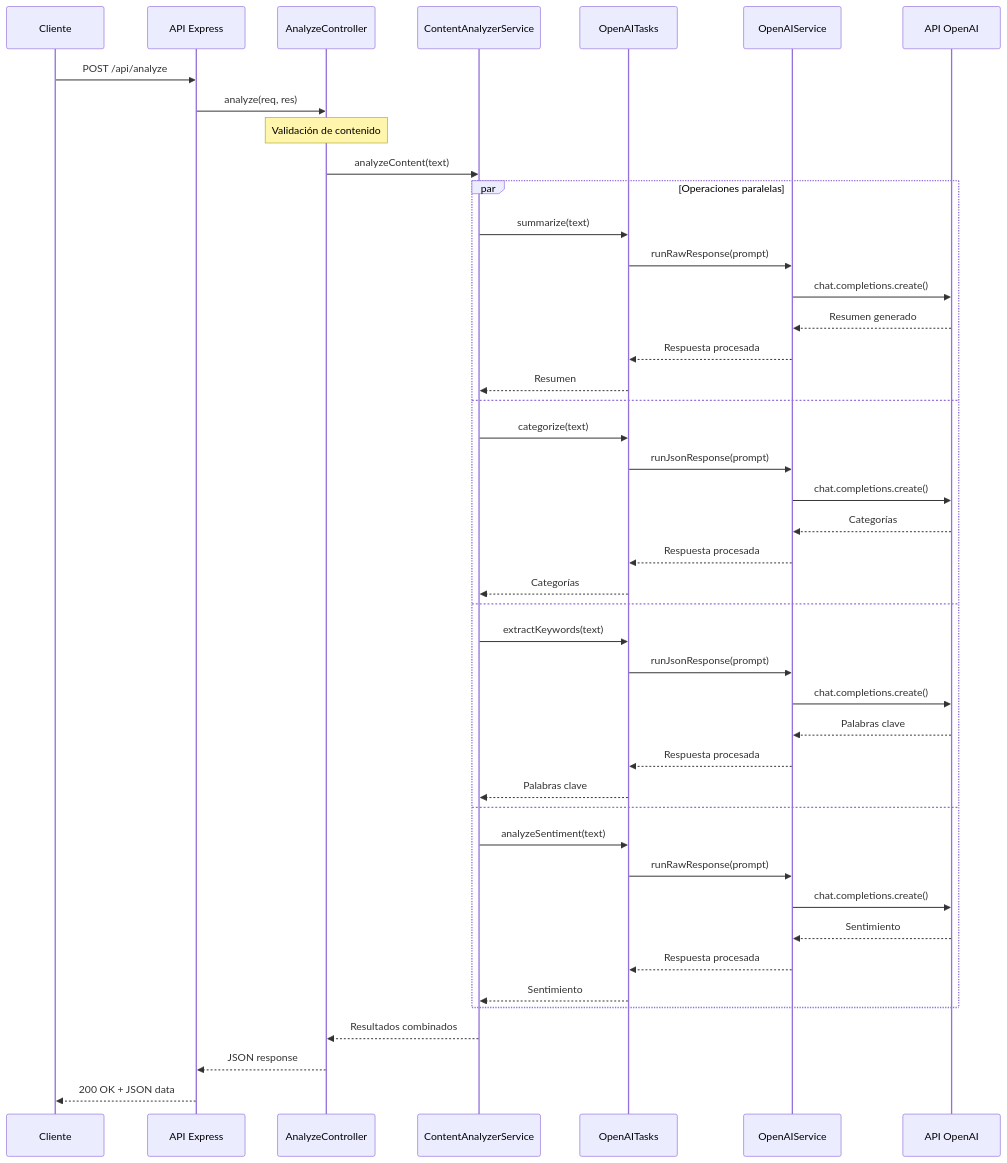
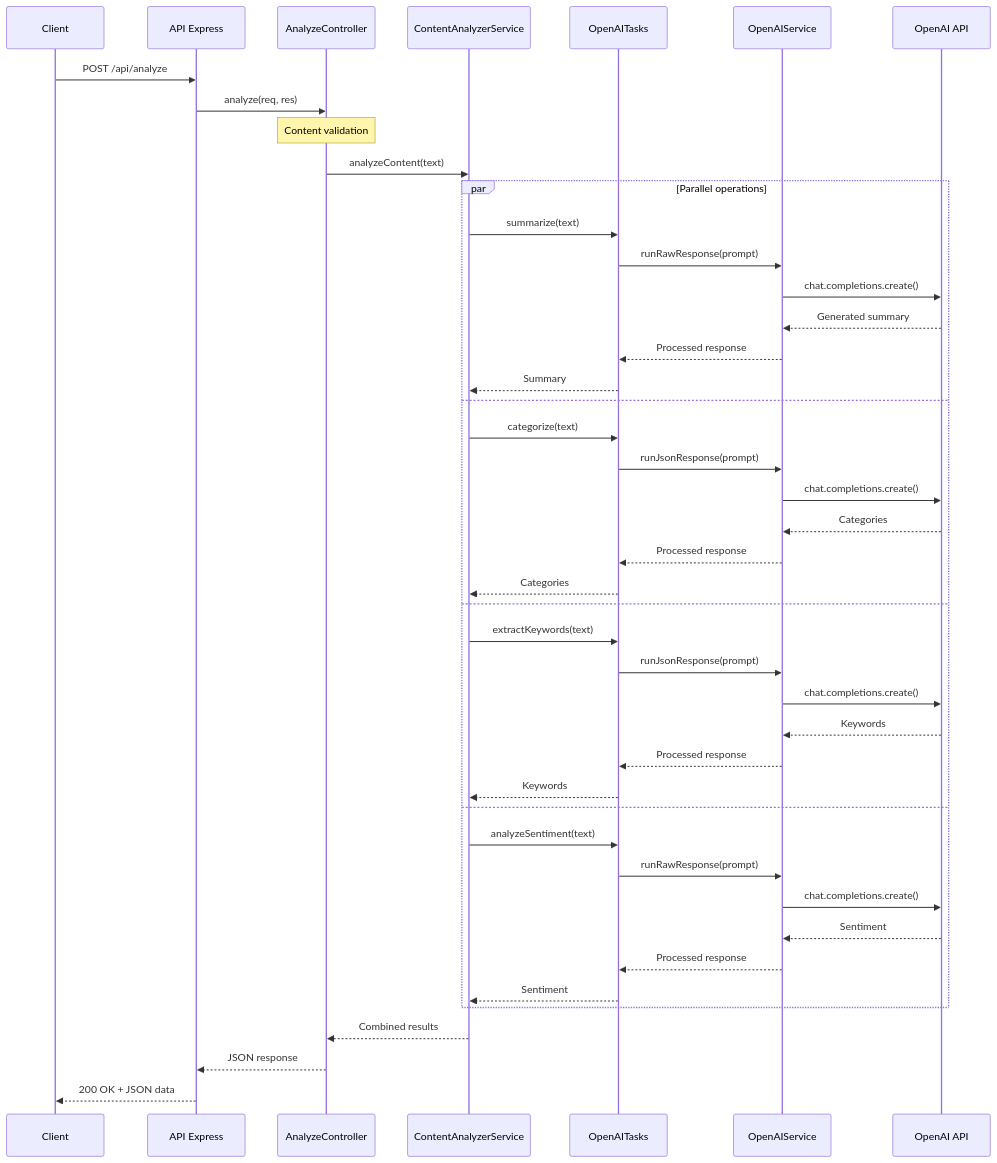
One commit to asanchezyali/backend-typescript-express-template changed the second of 3 diagrams in README.md. Above: the diagram before and after it, drawn with Mermaid. The commit also changed other lines of this file, not shown here.

Commit message:
feat: update README to translate content to English, enhance clarity, and improve structure

````diff
--- a/README.md
+++ b/README.md
@@ -199,50 +198,50 @@
 ```mermaid
 sequenceDiagram
-    participant Client as Cliente
+    participant Client as Client
     participant API as API Express
     participant AC as AnalyzeController
     participant CAS as ContentAnalyzerService
     participant OAT as OpenAITasks
     participant OAS as OpenAIService
-    participant OpenAI as API OpenAI
+    participant OpenAI as OpenAI API
     
     Client->>API: POST /api/analyze
     API->>AC: analyze(req, res)
-    Note over AC: Validación de contenido
+    Note over AC: Content validation
     
     AC->>CAS: analyzeContent(text)
     
-    par Operaciones paralelas
+    par Parallel operations
         CAS->>OAT: summarize(text)
         OAT->>OAS: runRawResponse(prompt)
         OAS->>OpenAI: chat.completions.create()
-        OpenAI-->>OAS: Resumen generado
-        OAS-->>OAT: Respuesta procesada
-        OAT-->>CAS: Resumen
+        OpenAI-->>OAS: Generated summary
+        OAS-->>OAT: Processed response
+        OAT-->>CAS: Summary
     and
         CAS->>OAT: categorize(text)
         OAT->>OAS: runJsonResponse(prompt)
         OAS->>OpenAI: chat.completions.create()
-        OpenAI-->>OAS: Categorías
-        OAS-->>OAT: Respuesta procesada
-        OAT-->>CAS: Categorías
+        OpenAI-->>OAS: Categories
+        OAS-->>OAT: Processed response
+        OAT-->>CAS: Categories
     and
         CAS->>OAT: extractKeywords(text)
         OAT->>OAS: runJsonResponse(prompt)
         OAS->>OpenAI: chat.completions.create()
-        OpenAI-->>OAS: Palabras clave
-        OAS-->>OAT: Respuesta procesada
-        OAT-->>CAS: Palabras clave
+        OpenAI-->>OAS: Keywords
+        OAS-->>OAT: Processed response
+        OAT-->>CAS: Keywords
     and
         CAS->>OAT: analyzeSentiment(text)
         OAT->>OAS: runRawResponse(prompt)
         OAS->>OpenAI: chat.completions.create()
-        OpenAI-->>OAS: Sentimiento
-        OAS-->>OAT: Respuesta procesada
-        OAT-->>CAS: Sentimiento
+        OpenAI-->>OAS: Sentiment
+        OAS-->>OAT: Processed response
+        OAT-->>CAS: Sentiment
     end
     
-    CAS-->>AC: Resultados combinados
+    CAS-->>AC: Combined results
     AC-->>API: JSON response
     API-->>Client: 200 OK + JSON data
 ```
````
